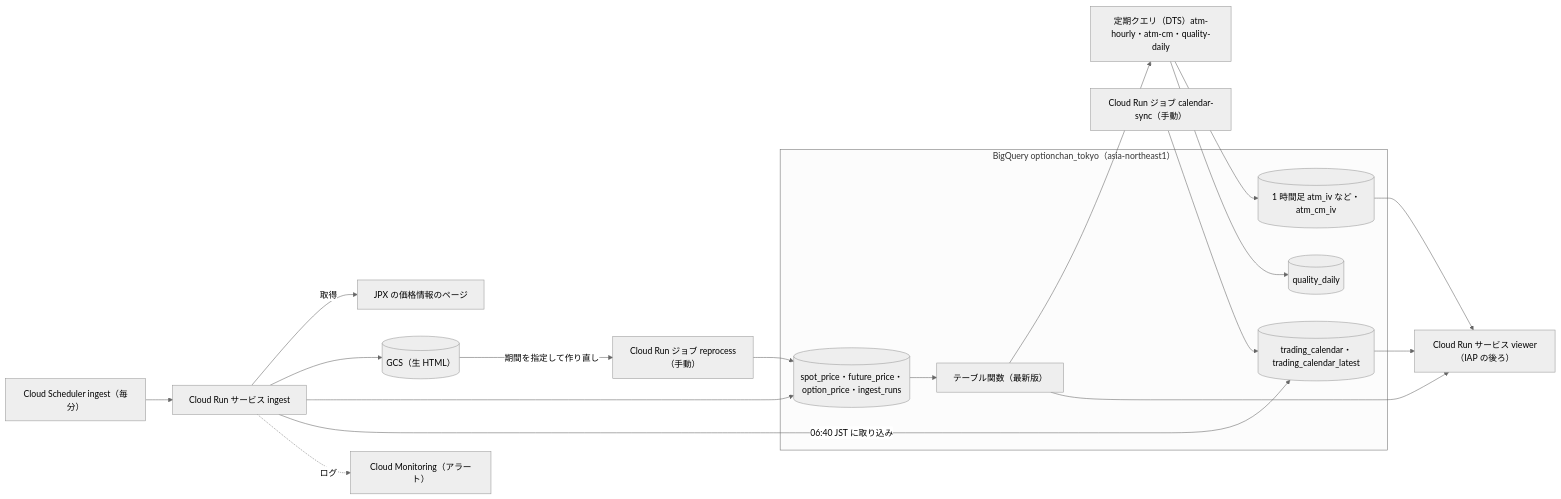
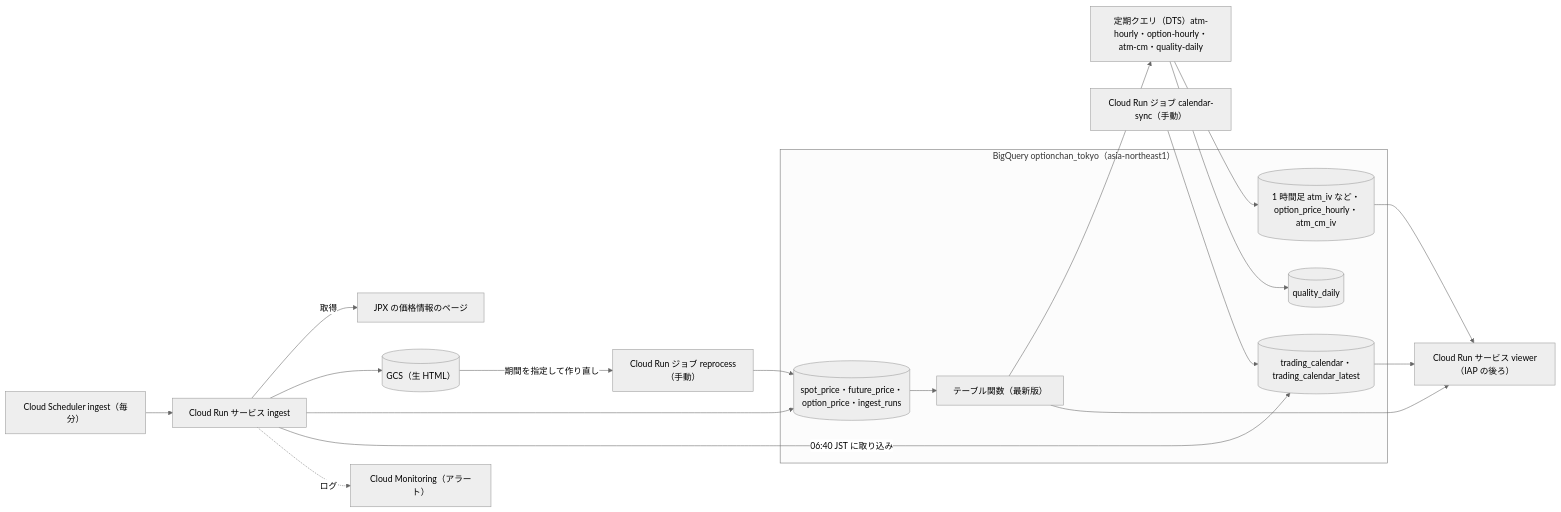
The diagram in README.md (terukusu/optionchan-gcp), drawn with Mermaid (neutral theme) before and after one commit. The commit also changed other lines of this file and 12 other files, not shown here.

First line of the commit message:
feat: 銘柄ごとの 1 時間足の表 option_price_hourly と定期クエリ・過去分の SQL を足す (#161)

````diff
--- a/README.md
+++ b/README.md
@@ -18,36 +18,36 @@
 ```mermaid
 flowchart LR
   JPX["JPX の価格情報のページ"]
   SCH["Cloud Scheduler ingest（毎分）"]
   ING["Cloud Run サービス ingest"]
   REP["Cloud Run ジョブ reprocess（手動）"]
   CAL["Cloud Run ジョブ calendar-sync（手動）"]
   GCS[("GCS（生 HTML）")]
   subgraph BQ["BigQuery optionchan_tokyo（asia-northeast1）"]
     RAW[("spot_price・future_price・option_price・ingest_runs")]
     TVF["テーブル関数（最新版）"]
     TC[("trading_calendar・trading_calendar_latest")]
-    OHLC[("1 時間足 atm_iv など・atm_cm_iv")]
+    OHLC[("1 時間足 atm_iv など・option_price_hourly・atm_cm_iv")]
     QC[("quality_daily")]
   end
-  DTS["定期クエリ（DTS）atm-hourly・atm-cm・quality-daily"]
+  DTS["定期クエリ（DTS）atm-hourly・option-hourly・atm-cm・quality-daily"]
   VW["Cloud Run サービス viewer（IAP の後ろ）"]
   MON["Cloud Monitoring（アラート）"]
 
   SCH --> ING
   ING -->|取得| JPX
   ING --> GCS
   ING --> RAW
   ING -->|06:40 JST に取り込み| TC
   CAL --> TC
   GCS -->|期間を指定して作り直し| REP
   REP --> RAW
   RAW --> TVF
   TVF --> DTS
   DTS --> OHLC
   DTS --> QC
   TVF --> VW
   OHLC --> VW
   TC --> VW
   ING -.ログ.-> MON
 ```
````
